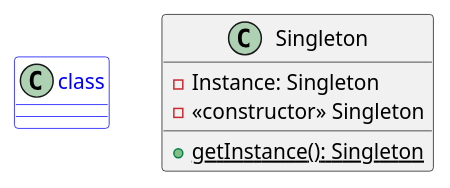
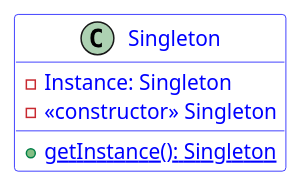
The diagram in cp-samples/src/cp/samples/singleton/_singleton-diagram.iuml (paguerre3/creational-patterns), drawn with PlantUML before and after one commit.

Commit message:
no message

```diff
--- a/cp-samples/src/cp/samples/singleton/_singleton-diagram.iuml
+++ b/cp-samples/src/cp/samples/singleton/_singleton-diagram.iuml
@@ -1,9 +1,7 @@
 @startuml
-class class #white;line:blue;text:blue
-
-class Singleton {
+class Singleton #white;line:blue;text:blue {
  -Instance: Singleton
  -<<constructor>> Singleton
  +{static} getInstance(): Singleton
 }
 @enduml
```
